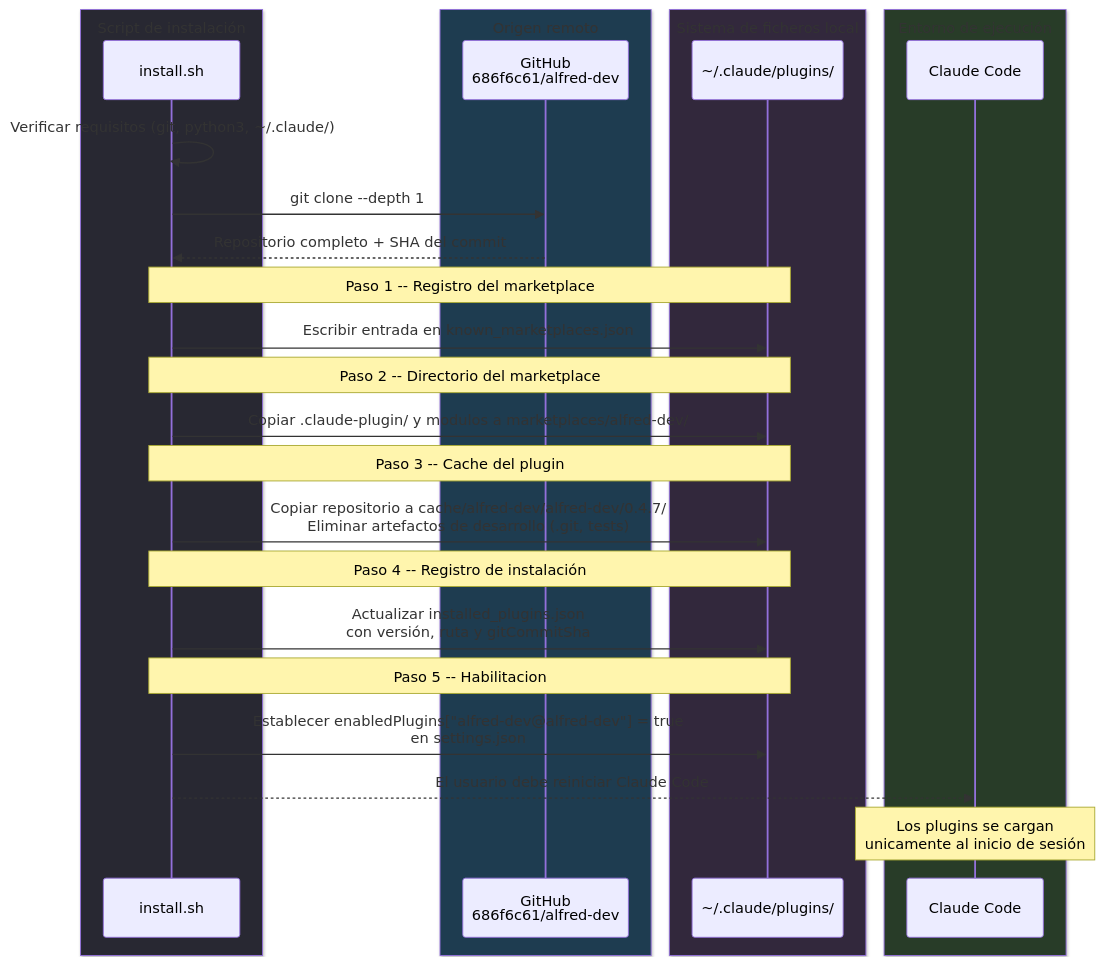
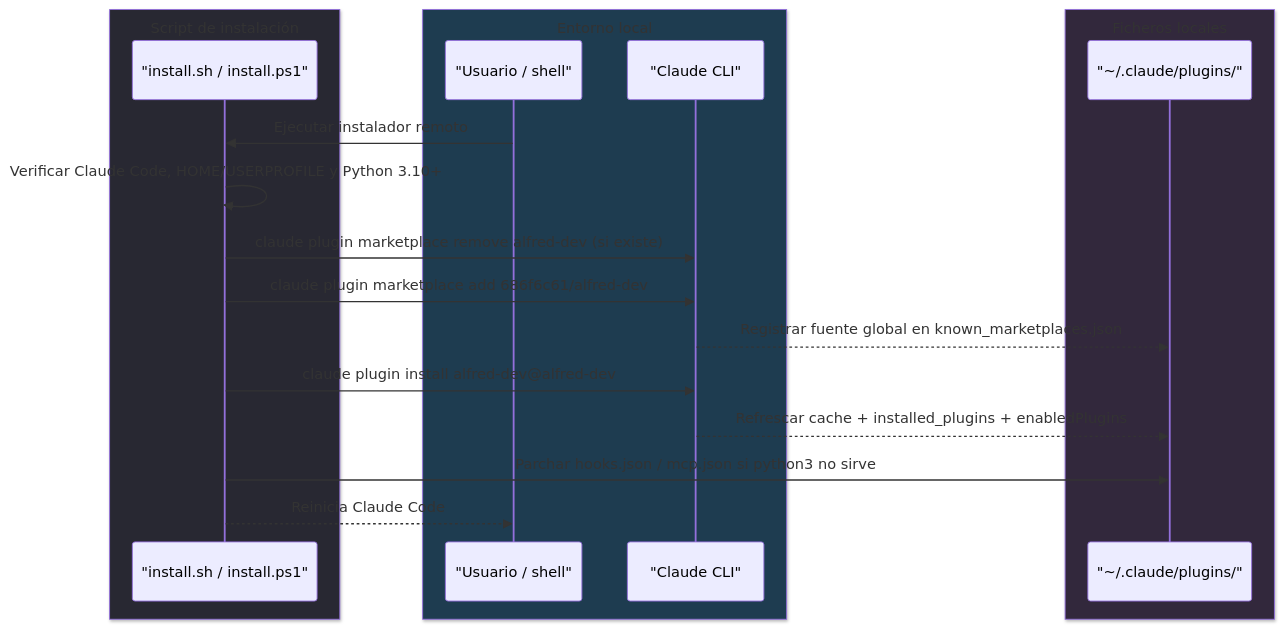
The diagram in docs/installation.md (686f6c61/alfred-dev), drawn with Mermaid before and after one commit. The commit also changed other lines of this file and 165 other files, not shown here.

Commit message:
feat: ship Alfred Dev v0.5.1

````diff
--- a/docs/installation.md
+++ b/docs/installation.md
@@ -114,37 +72,23 @@
 ```mermaid
 sequenceDiagram
     box rgb(40, 40, 50) Script de instalación
-        participant S as install.sh
+        participant S as "install.sh / install.ps1"
     end
-    box rgb(30, 60, 80) Origen remoto
-        participant GH as GitHub<br/>686f6c61/alfred-dev
+    box rgb(30, 60, 80) Entorno local
+        participant U as "Usuario / shell"
+        participant C as "Claude CLI"
     end
-    box rgb(50, 40, 60) Sistema de ficheros local
-        participant P as ~/.claude/plugins/
-    end
-    box rgb(40, 60, 40) Entorno de ejecución
-        participant CC as Claude Code
+    box rgb(50, 40, 60) Ficheros locales
+        participant P as "~/.claude/plugins/"
     end
 
-    S->>S: Verificar requisitos (git, python3, ~/.claude/)
-    S->>GH: git clone --depth 1
-    GH-->>S: Repositorio completo + SHA del commit
-
-    Note over S,P: Paso 1 -- Registro del marketplace
-    S->>P: Escribir entrada en known_marketplaces.json
-
-    Note over S,P: Paso 2 -- Directorio del marketplace
-    S->>P: Copiar .claude-plugin/ y modulos a marketplaces/alfred-dev/
-
-    Note over S,P: Paso 3 -- Cache del plugin
-    S->>P: Copiar repositorio a cache/alfred-dev/alfred-dev/0.4.7/<br/>Eliminar artefactos de desarrollo (.git, tests)
-
-    Note over S,P: Paso 4 -- Registro de instalación
-    S->>P: Actualizar installed_plugins.json<br/>con versión, ruta y gitCommitSha
-
-    Note over S,P: Paso 5 -- Habilitacion
-    S->>P: Establecer enabledPlugins["alfred-dev@alfred-dev"] = true<br/>en settings.json
-
-    S-->>CC: El usuario debe reiniciar Claude Code
-    Note over CC: Los plugins se cargan<br/>unicamente al inicio de sesión
+    U->>S: Ejecutar instalador remoto
+    S->>S: Verificar Claude Code, HOME/USERPROFILE y Python 3.10+
+    S->>C: claude plugin marketplace remove alfred-dev (si existe)
+    S->>C: claude plugin marketplace add 686f6c61/alfred-dev
+    C-->>P: Registrar fuente global en known_marketplaces.json
+    S->>C: claude plugin install alfred-dev@alfred-dev
+    C-->>P: Refrescar cache + installed_plugins + enabledPlugins
+    S->>P: Parchar hooks.json / mcp.json si python3 no sirve
+    S-->>U: Reinicia Claude Code
 ```
````
